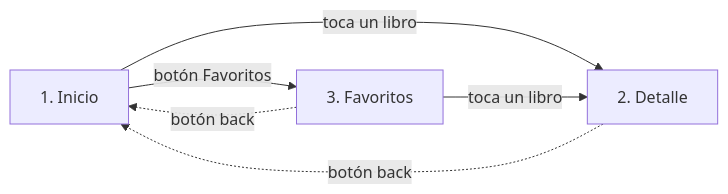
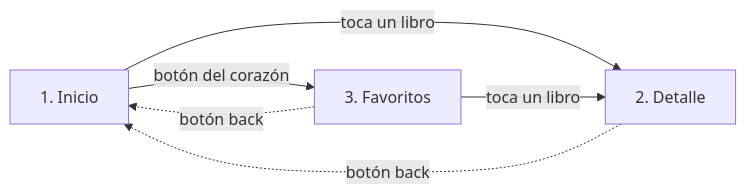
The diagram in docs/navigation-and-state.md (bryanlaurrabaquio/Proyecto-AJBooKS-Bryan-Yael), drawn with Mermaid before and after one commit. The commit also changed other lines of this file and 2 other files, not shown here.

````diff
--- a/docs/navigation-and-state.md
+++ b/docs/navigation-and-state.md
@@ -40,8 +44,8 @@
 ```mermaid
 flowchart LR
     A["1. Inicio"] -->|"toca un libro"| B["2. Detalle"]
-    A -->|"botón Favoritos"| C["3. Favoritos"]
+    A -->|"botón del corazón"| C["3. Favoritos"]
     C -->|"toca un libro"| B
     B -.->|"botón back"| A
     C -.->|"botón back"| A
 ```
````
